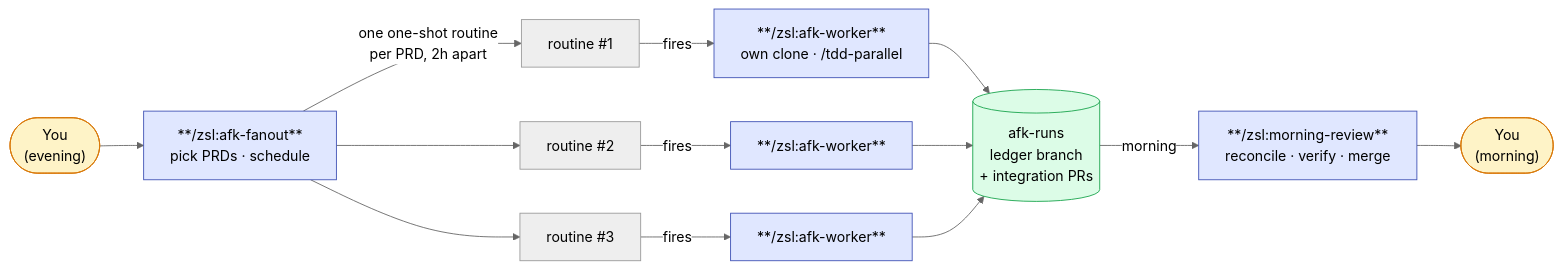
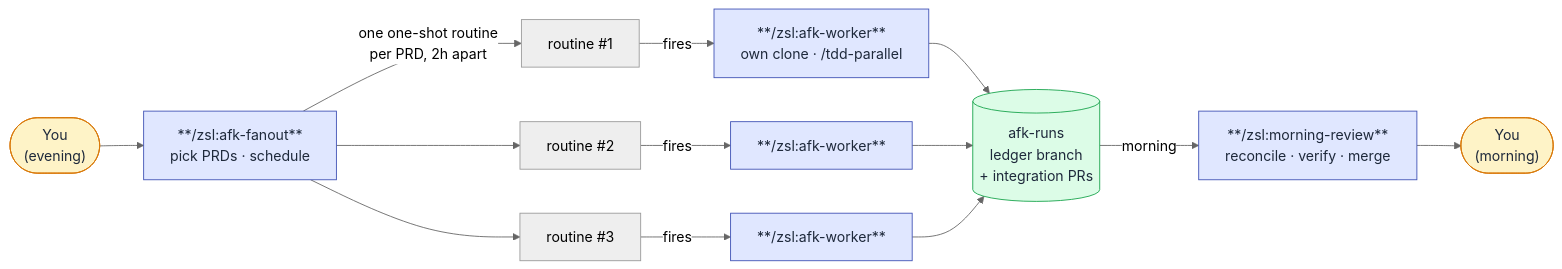
Before and after one commit to ZunoSmartLabs/zsl-superpowers: the first of 2 diagrams in docs/remote-agents.md, drawn with Mermaid (neutral theme). The commit also changed other lines of this file and 8 other files, not shown here.

First line of the commit message:
docs(remote-agents): add scheduling rationale + fix dark-mode diagram text

````diff
--- a/docs/remote-agents.md
+++ b/docs/remote-agents.md
@@ -17,22 +17,22 @@
 ```mermaid
 flowchart LR
     you(["You<br/>(evening)"]) --> fanout["**/zsl:afk-fanout**<br/>pick PRDs · schedule"]
     fanout -->|"one one-shot routine<br/>per PRD, 2h apart"| r1["routine #1"]
     fanout --> r2["routine #2"]
     fanout --> r3["routine #3"]
     r1 -->|"fires"| w1["**/zsl:afk-worker**<br/>own clone · /tdd-parallel"]
     r2 -->|"fires"| w2["**/zsl:afk-worker**"]
     r3 -->|"fires"| w3["**/zsl:afk-worker**"]
     w1 --> ledger[("afk-runs<br/>ledger branch<br/>+ integration PRs")]
     w2 --> ledger
     w3 --> ledger
     ledger -->|"morning"| review["**/zsl:morning-review**<br/>reconcile · verify · merge"]
     review --> human(["You<br/>(morning)"])
 
-    classDef skill fill:#e0e7ff,stroke:#3f51b5;
-    classDef artifact fill:#dcfce7,stroke:#16a34a;
-    classDef person fill:#fef3c7,stroke:#d97706;
+    classDef skill fill:#e0e7ff,stroke:#3f51b5,color:#1e293b;
+    classDef artifact fill:#dcfce7,stroke:#16a34a,color:#1e293b;
+    classDef person fill:#fef3c7,stroke:#d97706,color:#1e293b;
     class fanout,w1,w2,w3,review skill;
     class ledger artifact;
     class you,human person;
 ```
````
